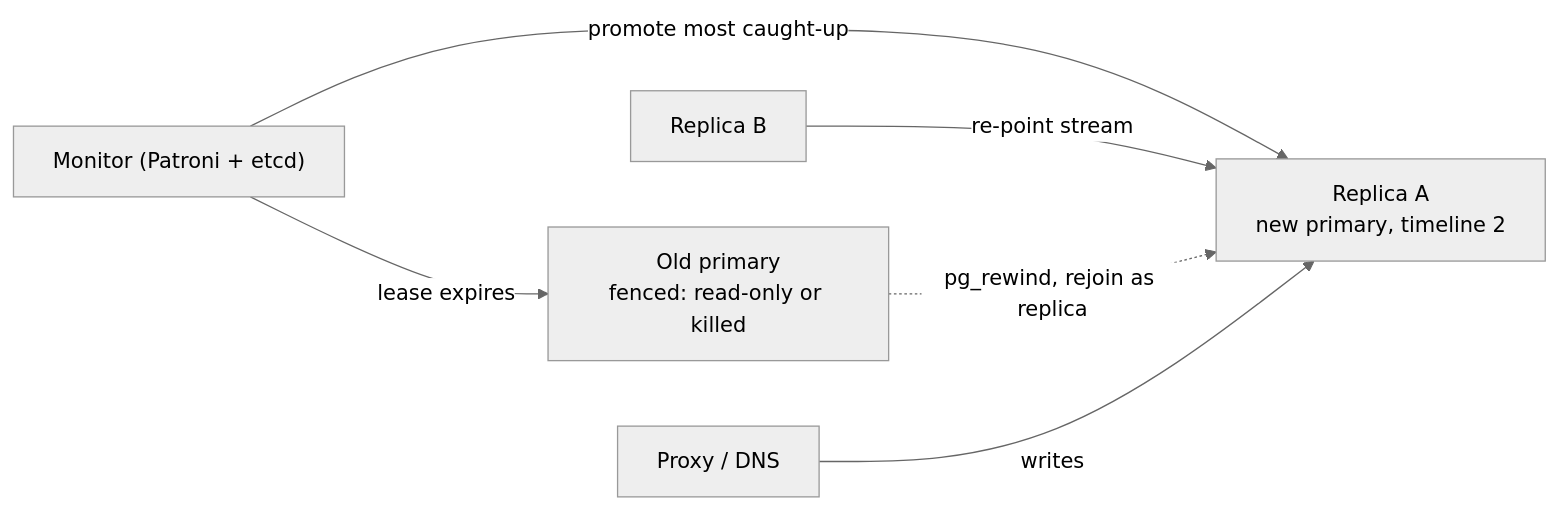
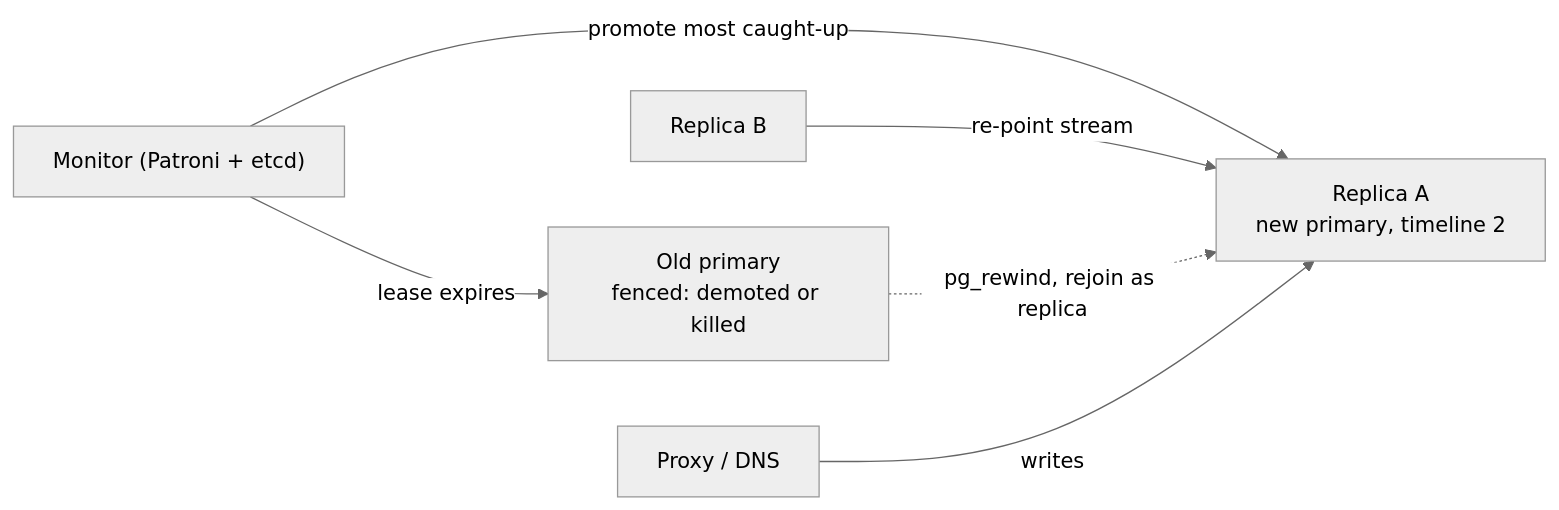
The second of 2 diagrams in content/tracks/07-databases/02-storage-and-scale/02-replication.md (thull32/ascend), drawn with Mermaid (neutral theme) before and after one commit. The commit also changed other lines of this file and 23 other files, not shown here.

````diff
--- a/content/tracks/07-databases/02-storage-and-scale/02-replication.md
+++ b/content/tracks/07-databases/02-storage-and-scale/02-replication.md
@@ -168,8 +163,8 @@
 ```mermaid
 flowchart LR
-    M["Monitor (Patroni + etcd)"] -->|"lease expires"| P1["Old primary<br/>fenced: read-only or killed"]
+    M["Monitor (Patroni + etcd)"] -->|"lease expires"| P1["Old primary<br/>fenced: demoted or killed"]
     M -->|"promote most caught-up"| R1["Replica A<br/>new primary, timeline 2"]
     R2["Replica B"] -->|"re-point stream"| R1
     P1 -.->|"pg_rewind, rejoin as replica"| R1
     LB["Proxy / DNS"] -->|"writes"| R1
 ```
````
